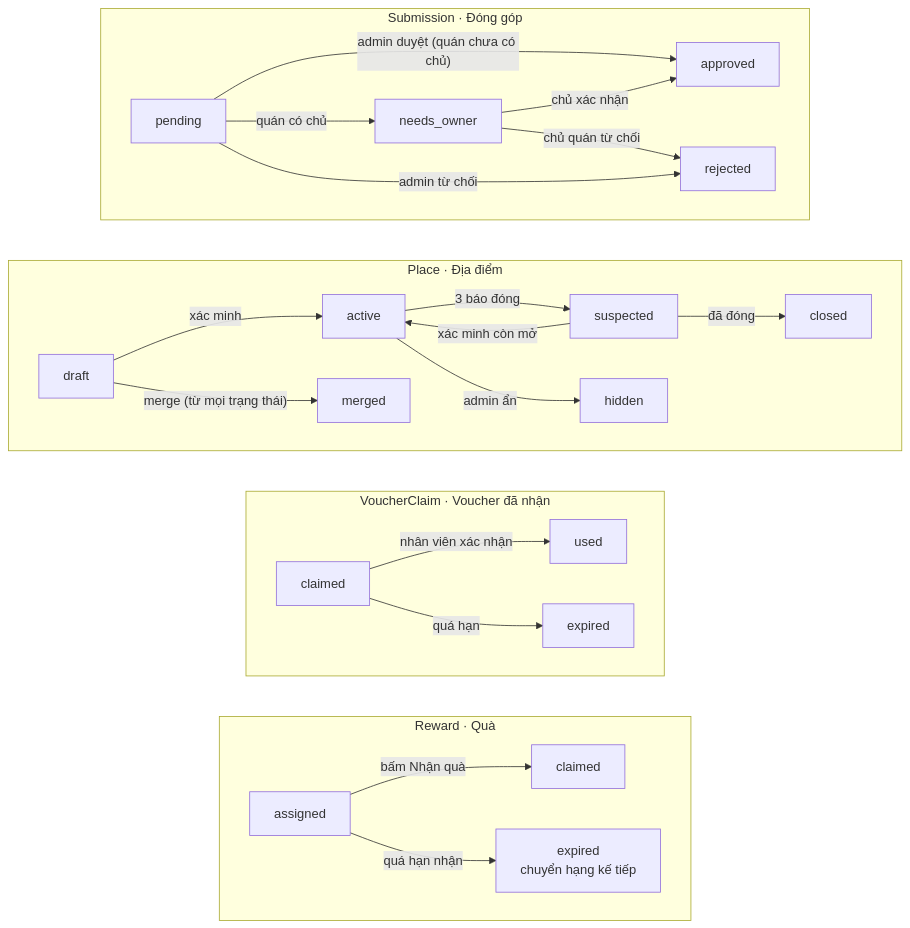
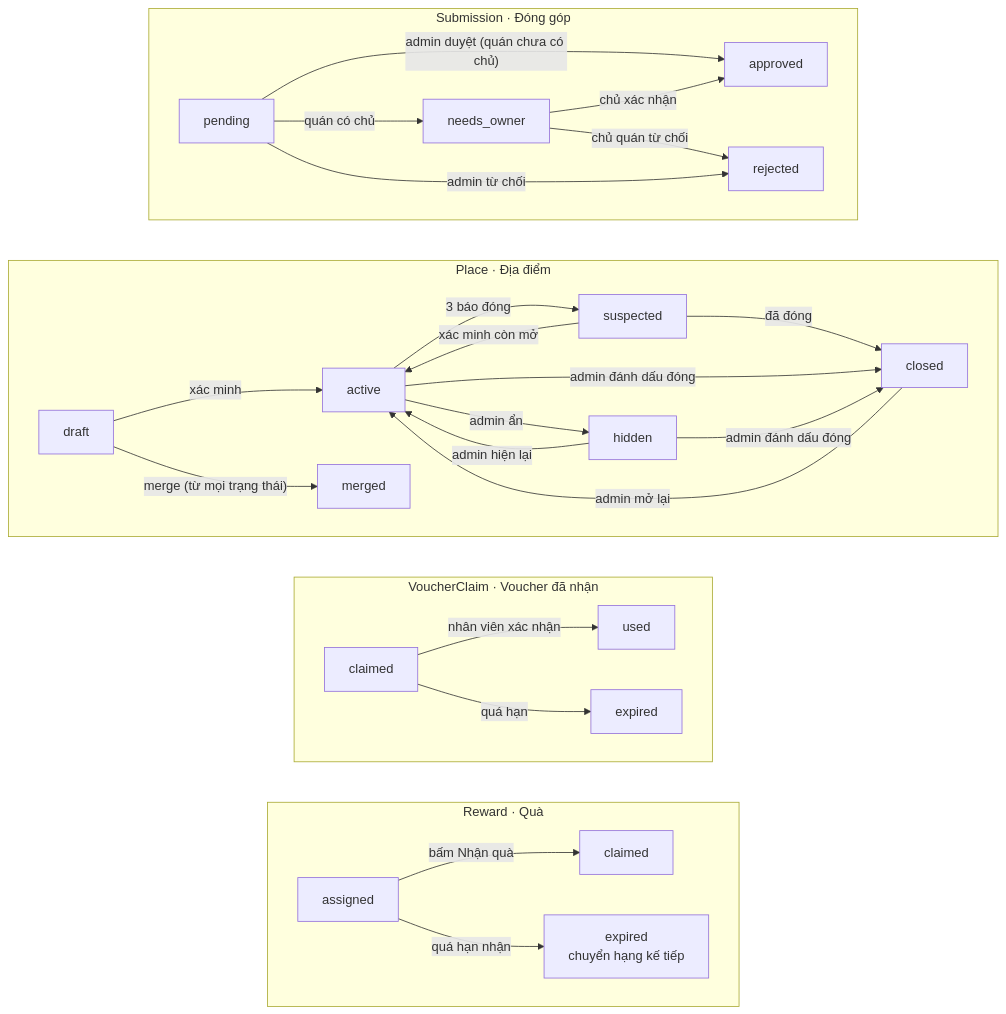
One commit to ManhTri-95/ranhduong.vn changed the diagram in docs/technical-design.md. Above: the diagram before and after it, drawn with Mermaid. The commit also changed other lines of this file and 4 other files, not shown here.

````diff
--- a/docs/technical-design.md
+++ b/docs/technical-design.md
@@ -194,31 +194,35 @@
 ```mermaid
 flowchart TB
   subgraph sg_submission["Submission · Đóng góp"]
     direction LR
     sub_pending["pending"] -->|"quán có chủ"| sub_needs_owner["needs_owner"]
     sub_needs_owner -->|"chủ xác nhận"| sub_approved["approved"]
     sub_pending -->|"admin duyệt (quán chưa có chủ)"| sub_approved
     sub_pending -->|"admin từ chối"| sub_rejected["rejected"]
     sub_needs_owner -->|"chủ quán từ chối"| sub_rejected
   end
   subgraph sg_place["Place · Địa điểm"]
     direction LR
     pl_draft["draft"] -->|"xác minh"| pl_active["active"]
     pl_active -->|"3 báo đóng"| pl_suspected["suspected"]
     pl_suspected -->|"xác minh còn mở"| pl_active
     pl_suspected -->|"đã đóng"| pl_closed["closed"]
     pl_active -->|"admin ẩn"| pl_hidden["hidden"]
+    pl_hidden -->|"admin hiện lại"| pl_active
+    pl_active -->|"admin đánh dấu đóng"| pl_closed
+    pl_hidden -->|"admin đánh dấu đóng"| pl_closed
+    pl_closed -->|"admin mở lại"| pl_active
     pl_draft -->|"merge (từ mọi trạng thái)"| pl_merged["merged"]
   end
   subgraph sg_voucher_claim["VoucherClaim · Voucher đã nhận"]
     direction LR
     vc_claimed["claimed"] -->|"nhân viên xác nhận"| vc_used["used"]
     vc_claimed -->|"quá hạn"| vc_expired["expired"]
   end
   subgraph sg_reward["Reward · Quà"]
     direction LR
     rw_assigned["assigned"] -->|"bấm Nhận quà"| rw_claimed["claimed"]
     rw_assigned -->|"quá hạn nhận"| rw_expired["expired<br/>chuyển hạng kế tiếp"]
   end
   sg_submission ~~~ sg_place ~~~ sg_voucher_claim ~~~ sg_reward
 ```
````
